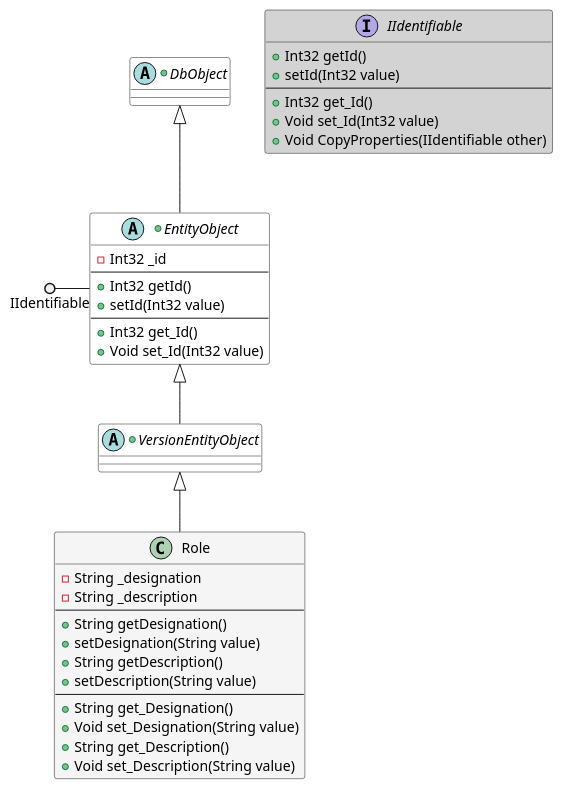
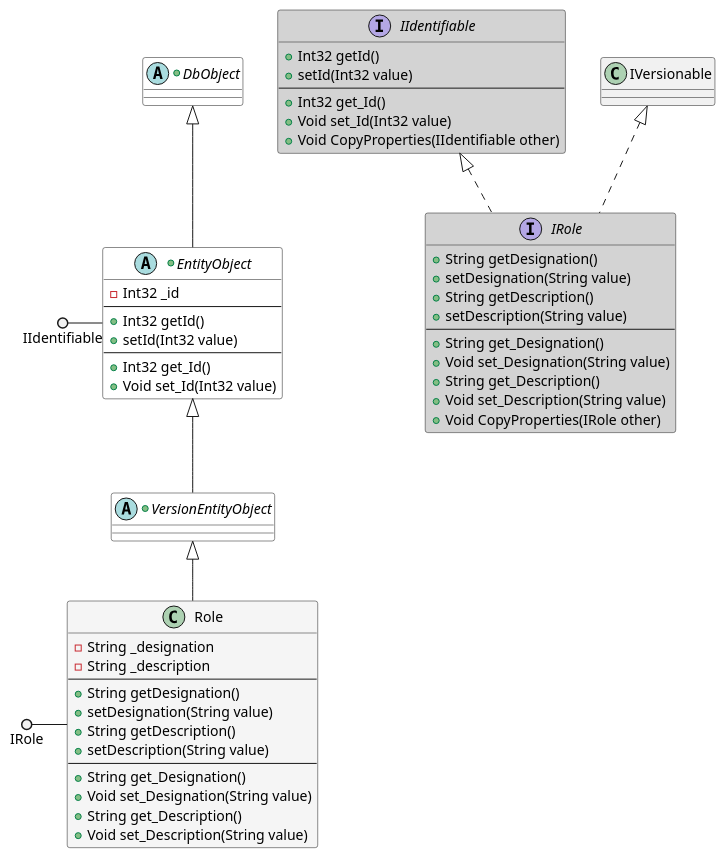
One commit to leoggehrer/SEeVaccinationPass changed the diagram in Diagrams/Entities/Account/Role.puml. Above: the diagram before and after it, drawn with PlantUML. The commit also changed 58 other files, not shown here.

```diff
--- a/Diagrams/Entities/Account/Role.puml
+++ b/Diagrams/Entities/Account/Role.puml
@@ -2,41 +2,56 @@
 @startuml eVaccinationPass.Logic.Entities.Account.Role
 class Role #whitesmoke {
     - String _designation
     - String _description
     ---
      + String getDesignation()
      + setDesignation(String value)
      + String getDescription()
      + setDescription(String value)
     ---
     + String get_Designation()
     + Void set_Designation(String value)
     + String get_Description()
     + Void set_Description(String value)
 }
 +abstract class VersionEntityObject #white {
 }
 +abstract class EntityObject #white {
     - Int32 _id
     ---
      + Int32 getId()
      + setId(Int32 value)
     ---
     + Int32 get_Id()
     + Void set_Id(Int32 value)
 }
 +abstract class DbObject #white {
 }
+interface IRole #lightgrey {
+     + String getDesignation()
+     + setDesignation(String value)
+     + String getDescription()
+     + setDescription(String value)
+    ---
+    + String get_Designation()
+    + Void set_Designation(String value)
+    + String get_Description()
+    + Void set_Description(String value)
+    + Void CopyProperties(IRole other)
+}
 interface IIdentifiable #lightgrey {
      + Int32 getId()
      + setId(Int32 value)
     ---
     + Int32 get_Id()
     + Void set_Id(Int32 value)
     + Void CopyProperties(IIdentifiable other)
 }
 VersionEntityObject <|-- Role
 EntityObject <|-- VersionEntityObject
 DbObject <|-- EntityObject
+IVersionable <|.. IRole
+IIdentifiable <|.. IRole
+IRole ()- Role
 IIdentifiable ()- EntityObject
 @enduml
```
